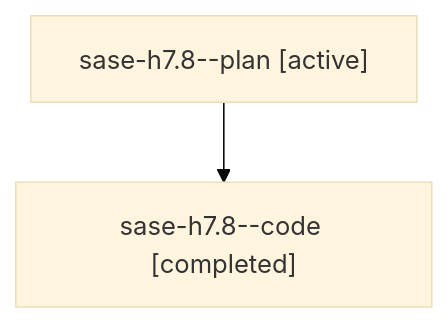
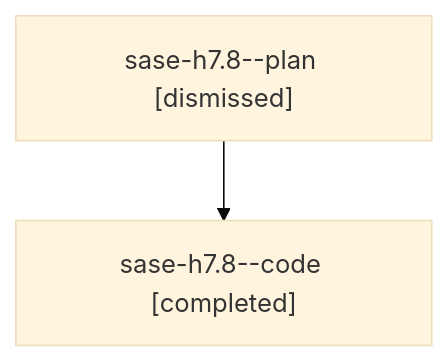
Before and after one commit to sase-org/sase--agents: the diagram in sessions/bbugyi200.athena.sase-h7.8.md, drawn with Mermaid (base theme). The commit also changed other lines of this file and 100 other files, not shown here.

````diff
--- a/sessions/bbugyi200.athena.sase-h7.8.md
+++ b/sessions/bbugyi200.athena.sase-h7.8.md
@@ -9,6 +9,6 @@
 ```mermaid
 flowchart TD
-  n0["sase-h7.8--plan [active]"]
+  n0["sase-h7.8--plan [dismissed]"]
   n1["sase-h7.8--code [completed]"]
   n0 --> n1
 ```
````
